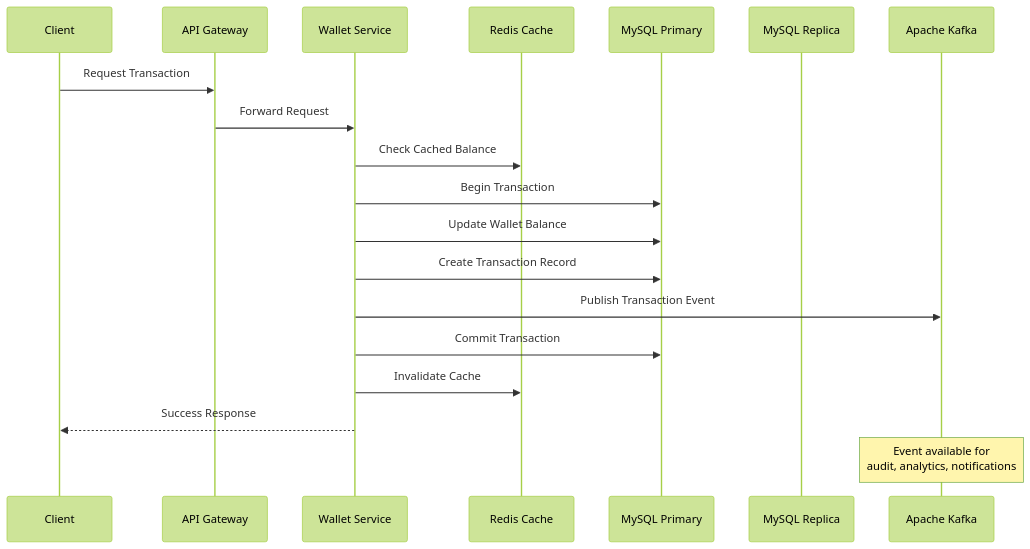
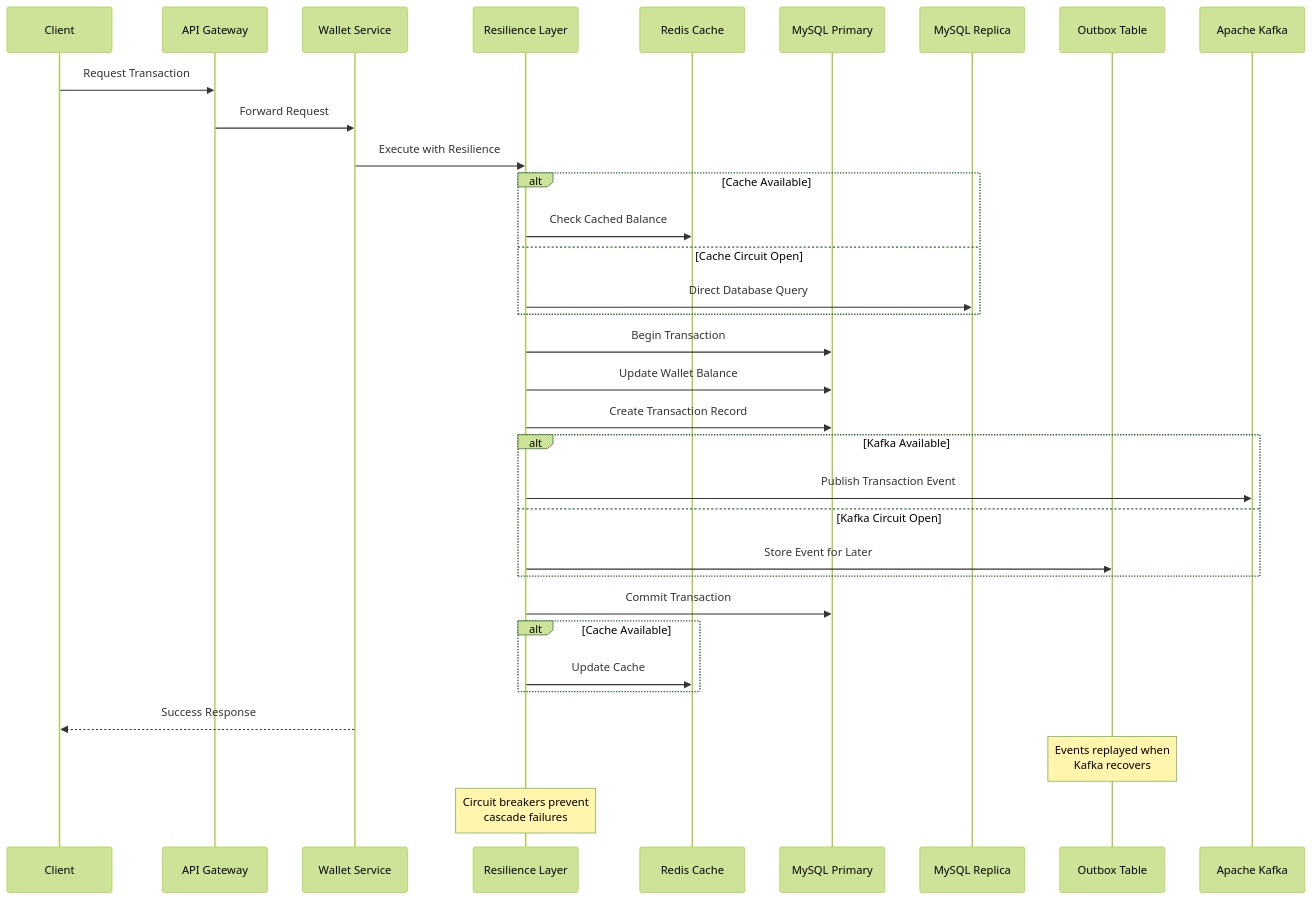
One commit to thiago2santos/wallet-service changed the second of 2 diagrams in docs/architecture.md. Above: the diagram before and after it, drawn with Mermaid (forest theme). The commit also changed other lines of this file and 34 other files, not shown here.

````diff
--- a/docs/architecture.md
+++ b/docs/architecture.md
@@ -65,23 +71,43 @@
 ```mermaid
 sequenceDiagram
     participant C as Client
     participant API as API Gateway
     participant WS as Wallet Service
+    participant RES as Resilience Layer
     participant Cache as Redis Cache
     participant DB_W as MySQL Primary
     participant DB_R as MySQL Replica
+    participant OUTBOX as Outbox Table
     participant KAFKA as Apache Kafka
 
     C->>API: Request Transaction
     API->>WS: Forward Request
-    WS->>Cache: Check Cached Balance
-    WS->>DB_W: Begin Transaction
-    WS->>DB_W: Update Wallet Balance
-    WS->>DB_W: Create Transaction Record
-    WS->>KAFKA: Publish Transaction Event
-    WS->>DB_W: Commit Transaction
-    WS->>Cache: Invalidate Cache
+    WS->>RES: Execute with Resilience
+    
+    alt Cache Available
+        RES->>Cache: Check Cached Balance
+    else Cache Circuit Open
+        RES->>DB_R: Direct Database Query
+    end
+    
+    RES->>DB_W: Begin Transaction
+    RES->>DB_W: Update Wallet Balance
+    RES->>DB_W: Create Transaction Record
+    
+    alt Kafka Available
+        RES->>KAFKA: Publish Transaction Event
+    else Kafka Circuit Open
+        RES->>OUTBOX: Store Event for Later
+    end
+    
+    RES->>DB_W: Commit Transaction
+    
+    alt Cache Available
+        RES->>Cache: Update Cache
+    end
+    
     WS-->>C: Success Response
     
-    Note over KAFKA: Event available for<br/>audit, analytics, notifications
+    Note over OUTBOX: Events replayed when<br/>Kafka recovers
+    Note over RES: Circuit breakers prevent<br/>cascade failures
 ```
````
